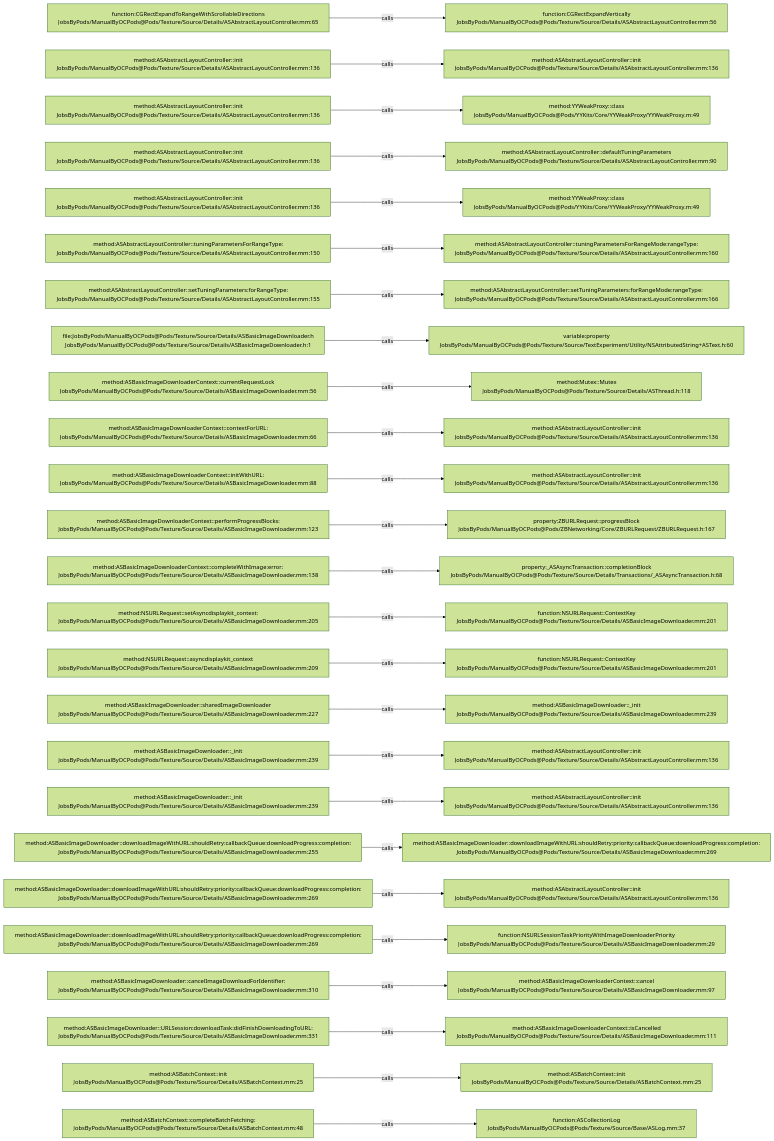
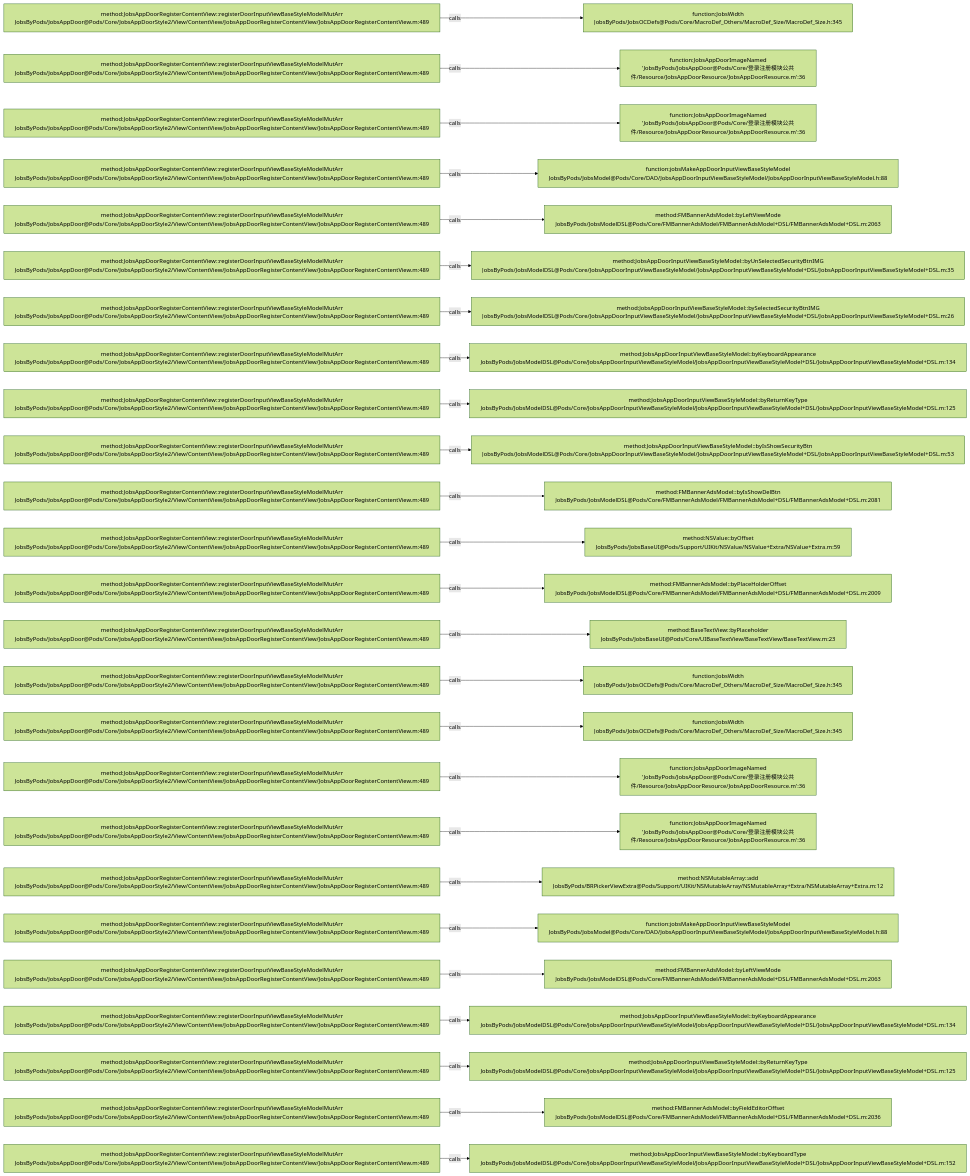
The diagram in .codegraph/codegraph.md/graphs/calls-135.md (JobsKits/JobsOCBaseConfigDemo), drawn with Mermaid (forest theme) before and after one commit. The commit also changed 768 other files, not shown here.

````diff
--- a/.codegraph/codegraph.md/graphs/calls-135.md
+++ b/.codegraph/codegraph.md/graphs/calls-135.md
@@ -13,78 +13,78 @@
 ```mermaid
 flowchart LR
-  S1["function:CGRectExpandToRangeWithScrollableDirections<br/>JobsByPods/ManualByOCPods@Pods/Texture/Source/Details/ASAbstractLayoutController.mm:65"]
-  T1["function:CGRectExpandVertically<br/>JobsByPods/ManualByOCPods@Pods/Texture/Source/Details/ASAbstractLayoutController.mm:56"]
+  S1["method:JobsAppDoorRegisterContentView::registerDoorInputViewBaseStyleModelMutArr<br/>JobsByPods/JobsAppDoor@Pods/Core/JobsAppDoorStyle2/View/ContentView/JobsAppDoorRegisterContentView/JobsAppDoorRegisterContentView.m:489"]
+  T1["function:JobsWidth<br/>JobsByPods/JobsOCDefs@Pods/Core/MacroDef_Others/MacroDef_Size/MacroDef_Size.h:345"]
   S1 -->|calls| T1
-  S2["method:ASAbstractLayoutController::init<br/>JobsByPods/ManualByOCPods@Pods/Texture/Source/Details/ASAbstractLayoutController.mm:136"]
-  T2["method:ASAbstractLayoutController::init<br/>JobsByPods/ManualByOCPods@Pods/Texture/Source/Details/ASAbstractLayoutController.mm:136"]
+  S2["method:JobsAppDoorRegisterContentView::registerDoorInputViewBaseStyleModelMutArr<br/>JobsByPods/JobsAppDoor@Pods/Core/JobsAppDoorStyle2/View/ContentView/JobsAppDoorRegisterContentView/JobsAppDoorRegisterContentView.m:489"]
+  T2["function:JobsAppDoorImageNamed<br/>'JobsByPods/JobsAppDoor@Pods/Core/登录注册模块公共件/Resource/JobsAppDoorResource/JobsAppDoorResource.m':36"]
   S2 -->|calls| T2
-  S3["method:ASAbstractLayoutController::init<br/>JobsByPods/ManualByOCPods@Pods/Texture/Source/Details/ASAbstractLayoutController.mm:136"]
-  T3["method:YYWeakProxy::class<br/>JobsByPods/ManualByOCPods@Pods/YYKits/Core/YYWeakProxy/YYWeakProxy.m:49"]
+  S3["method:JobsAppDoorRegisterContentView::registerDoorInputViewBaseStyleModelMutArr<br/>JobsByPods/JobsAppDoor@Pods/Core/JobsAppDoorStyle2/View/ContentView/JobsAppDoorRegisterContentView/JobsAppDoorRegisterContentView.m:489"]
+  T3["function:JobsAppDoorImageNamed<br/>'JobsByPods/JobsAppDoor@Pods/Core/登录注册模块公共件/Resource/JobsAppDoorResource/JobsAppDoorResource.m':36"]
   S3 -->|calls| T3
-  S4["method:ASAbstractLayoutController::init<br/>JobsByPods/ManualByOCPods@Pods/Texture/Source/Details/ASAbstractLayoutController.mm:136"]
-  T4["method:ASAbstractLayoutController::defaultTuningParameters<br/>JobsByPods/ManualByOCPods@Pods/Texture/Source/Details/ASAbstractLayoutController.mm:90"]
+  S4["method:JobsAppDoorRegisterContentView::registerDoorInputViewBaseStyleModelMutArr<br/>JobsByPods/JobsAppDoor@Pods/Core/JobsAppDoorStyle2/View/ContentView/JobsAppDoorRegisterContentView/JobsAppDoorRegisterContentView.m:489"]
+  T4["function:jobsMakeAppDoorInputViewBaseStyleModel<br/>JobsByPods/JobsModel@Pods/Core/DAO/JobsAppDoorInputViewBaseStyleModel/JobsAppDoorInputViewBaseStyleModel.h:88"]
   S4 -->|calls| T4
-  S5["method:ASAbstractLayoutController::init<br/>JobsByPods/ManualByOCPods@Pods/Texture/Source/Details/ASAbstractLayoutController.mm:136"]
-  T5["method:YYWeakProxy::class<br/>JobsByPods/ManualByOCPods@Pods/YYKits/Core/YYWeakProxy/YYWeakProxy.m:49"]
+  S5["method:JobsAppDoorRegisterContentView::registerDoorInputViewBaseStyleModelMutArr<br/>JobsByPods/JobsAppDoor@Pods/Core/JobsAppDoorStyle2/View/ContentView/JobsAppDoorRegisterContentView/JobsAppDoorRegisterContentView.m:489"]
+  T5["method:FMBannerAdsModel::byLeftViewMode<br/>JobsByPods/JobsModelDSL@Pods/Core/FMBannerAdsModel/FMBannerAdsModel+DSL/FMBannerAdsModel+DSL.m:2063"]
   S5 -->|calls| T5
-  S6["method:ASAbstractLayoutController::tuningParametersForRangeType:<br/>JobsByPods/ManualByOCPods@Pods/Texture/Source/Details/ASAbstractLayoutController.mm:150"]
-  T6["method:ASAbstractLayoutController::tuningParametersForRangeMode:rangeType:<br/>JobsByPods/ManualByOCPods@Pods/Texture/Source/Details/ASAbstractLayoutController.mm:160"]
+  S6["method:JobsAppDoorRegisterContentView::registerDoorInputViewBaseStyleModelMutArr<br/>JobsByPods/JobsAppDoor@Pods/Core/JobsAppDoorStyle2/View/ContentView/JobsAppDoorRegisterContentView/JobsAppDoorRegisterContentView.m:489"]
+  T6["method:JobsAppDoorInputViewBaseStyleModel::byUnSelectedSecurityBtnIMG<br/>JobsByPods/JobsModelDSL@Pods/Core/JobsAppDoorInputViewBaseStyleModel/JobsAppDoorInputViewBaseStyleModel+DSL/JobsAppDoorInputViewBaseStyleModel+DSL.m:35"]
   S6 -->|calls| T6
-  S7["method:ASAbstractLayoutController::setTuningParameters:forRangeType:<br/>JobsByPods/ManualByOCPods@Pods/Texture/Source/Details/ASAbstractLayoutController.mm:155"]
-  T7["method:ASAbstractLayoutController::setTuningParameters:forRangeMode:rangeType:<br/>JobsByPods/ManualByOCPods@Pods/Texture/Source/Details/ASAbstractLayoutController.mm:166"]
+  S7["method:JobsAppDoorRegisterContentView::registerDoorInputViewBaseStyleModelMutArr<br/>JobsByPods/JobsAppDoor@Pods/Core/JobsAppDoorStyle2/View/ContentView/JobsAppDoorRegisterContentView/JobsAppDoorRegisterContentView.m:489"]
+  T7["method:JobsAppDoorInputViewBaseStyleModel::bySelectedSecurityBtnIMG<br/>JobsByPods/JobsModelDSL@Pods/Core/JobsAppDoorInputViewBaseStyleModel/JobsAppDoorInputViewBaseStyleModel+DSL/JobsAppDoorInputViewBaseStyleModel+DSL.m:26"]
   S7 -->|calls| T7
-  S8["file:JobsByPods/ManualByOCPods@Pods/Texture/Source/Details/ASBasicImageDownloader.h<br/>JobsByPods/ManualByOCPods@Pods/Texture/Source/Details/ASBasicImageDownloader.h:1"]
-  T8["variable:property<br/>JobsByPods/ManualByOCPods@Pods/Texture/Source/TextExperiment/Utility/NSAttributedString+ASText.h:60"]
+  S8["method:JobsAppDoorRegisterContentView::registerDoorInputViewBaseStyleModelMutArr<br/>JobsByPods/JobsAppDoor@Pods/Core/JobsAppDoorStyle2/View/ContentView/JobsAppDoorRegisterContentView/JobsAppDoorRegisterContentView.m:489"]
+  T8["method:JobsAppDoorInputViewBaseStyleModel::byKeyboardAppearance<br/>JobsByPods/JobsModelDSL@Pods/Core/JobsAppDoorInputViewBaseStyleModel/JobsAppDoorInputViewBaseStyleModel+DSL/JobsAppDoorInputViewBaseStyleModel+DSL.m:134"]
   S8 -->|calls| T8
-  S9["method:ASBasicImageDownloaderContext::currentRequestLock<br/>JobsByPods/ManualByOCPods@Pods/Texture/Source/Details/ASBasicImageDownloader.mm:56"]
-  T9["method:Mutex::Mutex<br/>JobsByPods/ManualByOCPods@Pods/Texture/Source/Details/ASThread.h:118"]
+  S9["method:JobsAppDoorRegisterContentView::registerDoorInputViewBaseStyleModelMutArr<br/>JobsByPods/JobsAppDoor@Pods/Core/JobsAppDoorStyle2/View/ContentView/JobsAppDoorRegisterContentView/JobsAppDoorRegisterContentView.m:489"]
+  T9["method:JobsAppDoorInputViewBaseStyleModel::byReturnKeyType<br/>JobsByPods/JobsModelDSL@Pods/Core/JobsAppDoorInputViewBaseStyleModel/JobsAppDoorInputViewBaseStyleModel+DSL/JobsAppDoorInputViewBaseStyleModel+DSL.m:125"]
   S9 -->|calls| T9
-  S10["method:ASBasicImageDownloaderContext::contextForURL:<br/>JobsByPods/ManualByOCPods@Pods/Texture/Source/Details/ASBasicImageDownloader.mm:66"]
-  T10["method:ASAbstractLayoutController::init<br/>JobsByPods/ManualByOCPods@Pods/Texture/Source/Details/ASAbstractLayoutController.mm:136"]
+  S10["method:JobsAppDoorRegisterContentView::registerDoorInputViewBaseStyleModelMutArr<br/>JobsByPods/JobsAppDoor@Pods/Core/JobsAppDoorStyle2/View/ContentView/JobsAppDoorRegisterContentView/JobsAppDoorRegisterContentView.m:489"]
+  T10["method:JobsAppDoorInputViewBaseStyleModel::byIsShowSecurityBtn<br/>JobsByPods/JobsModelDSL@Pods/Core/JobsAppDoorInputViewBaseStyleModel/JobsAppDoorInputViewBaseStyleModel+DSL/JobsAppDoorInputViewBaseStyleModel+DSL.m:53"]
   S10 -->|calls| T10
-  S11["method:ASBasicImageDownloaderContext::initWithURL:<br/>JobsByPods/ManualByOCPods@Pods/Texture/Source/Details/ASBasicImageDownloader.mm:88"]
-  T11["method:ASAbstractLayoutController::init<br/>JobsByPods/ManualByOCPods@Pods/Texture/Source/Details/ASAbstractLayoutController.mm:136"]
+  S11["method:JobsAppDoorRegisterContentView::registerDoorInputViewBaseStyleModelMutArr<br/>JobsByPods/JobsAppDoor@Pods/Core/JobsAppDoorStyle2/View/ContentView/JobsAppDoorRegisterContentView/JobsAppDoorRegisterContentView.m:489"]
+  T11["method:FMBannerAdsModel::byIsShowDelBtn<br/>JobsByPods/JobsModelDSL@Pods/Core/FMBannerAdsModel/FMBannerAdsModel+DSL/FMBannerAdsModel+DSL.m:2081"]
   S11 -->|calls| T11
-  S12["method:ASBasicImageDownloaderContext::performProgressBlocks:<br/>JobsByPods/ManualByOCPods@Pods/Texture/Source/Details/ASBasicImageDownloader.mm:123"]
-  T12["property:ZBURLRequest::progressBlock<br/>JobsByPods/ManualByOCPods@Pods/ZBNetworking/Core/ZBURLRequest/ZBURLRequest.h:167"]
+  S12["method:JobsAppDoorRegisterContentView::registerDoorInputViewBaseStyleModelMutArr<br/>JobsByPods/JobsAppDoor@Pods/Core/JobsAppDoorStyle2/View/ContentView/JobsAppDoorRegisterContentView/JobsAppDoorRegisterContentView.m:489"]
+  T12["method:NSValue::byOffset<br/>JobsByPods/JobsBaseUI@Pods/Support/UIKit/NSValue/NSValue+Extra/NSValue+Extra.m:59"]
   S12 -->|calls| T12
-  S13["method:ASBasicImageDownloaderContext::completeWithImage:error:<br/>JobsByPods/ManualByOCPods@Pods/Texture/Source/Details/ASBasicImageDownloader.mm:138"]
-  T13["property:_ASAsyncTransaction::completionBlock<br/>JobsByPods/ManualByOCPods@Pods/Texture/Source/Details/Transactions/_ASAsyncTransaction.h:68"]
+  S13["method:JobsAppDoorRegisterContentView::registerDoorInputViewBaseStyleModelMutArr<br/>JobsByPods/JobsAppDoor@Pods/Core/JobsAppDoorStyle2/View/ContentView/JobsAppDoorRegisterContentView/JobsAppDoorRegisterContentView.m:489"]
+  T13["method:FMBannerAdsModel::byPlaceHolderOffset<br/>JobsByPods/JobsModelDSL@Pods/Core/FMBannerAdsModel/FMBannerAdsModel+DSL/FMBannerAdsModel+DSL.m:2009"]
   S13 -->|calls| T13
-  S14["method:NSURLRequest::setAsyncdisplaykit_context:<br/>JobsByPods/ManualByOCPods@Pods/Texture/Source/Details/ASBasicImageDownloader.mm:205"]
-  T14["function:NSURLRequest::ContextKey<br/>JobsByPods/ManualByOCPods@Pods/Texture/Source/Details/ASBasicImageDownloader.mm:201"]
+  S14["method:JobsAppDoorRegisterContentView::registerDoorInputViewBaseStyleModelMutArr<br/>JobsByPods/JobsAppDoor@Pods/Core/JobsAppDoorStyle2/View/ContentView/JobsAppDoorRegisterContentView/JobsAppDoorRegisterContentView.m:489"]
+  T14["method:BaseTextView::byPlaceholder<br/>JobsByPods/JobsBaseUI@Pods/Core/UIBaseTextView/BaseTextView/BaseTextView.m:23"]
   S14 -->|calls| T14
-  S15["method:NSURLRequest::asyncdisplaykit_context<br/>JobsByPods/ManualByOCPods@Pods/Texture/Source/Details/ASBasicImageDownloader.mm:209"]
-  T15["function:NSURLRequest::ContextKey<br/>JobsByPods/ManualByOCPods@Pods/Texture/Source/Details/ASBasicImageDownloader.mm:201"]
+  S15["method:JobsAppDoorRegisterContentView::registerDoorInputViewBaseStyleModelMutArr<br/>JobsByPods/JobsAppDoor@Pods/Core/JobsAppDoorStyle2/View/ContentView/JobsAppDoorRegisterContentView/JobsAppDoorRegisterContentView.m:489"]
+  T15["function:JobsWidth<br/>JobsByPods/JobsOCDefs@Pods/Core/MacroDef_Others/MacroDef_Size/MacroDef_Size.h:345"]
   S15 -->|calls| T15
-  S16["method:ASBasicImageDownloader::sharedImageDownloader<br/>JobsByPods/ManualByOCPods@Pods/Texture/Source/Details/ASBasicImageDownloader.mm:227"]
-  T16["method:ASBasicImageDownloader::_init<br/>JobsByPods/ManualByOCPods@Pods/Texture/Source/Details/ASBasicImageDownloader.mm:239"]
+  S16["method:JobsAppDoorRegisterContentView::registerDoorInputViewBaseStyleModelMutArr<br/>JobsByPods/JobsAppDoor@Pods/Core/JobsAppDoorStyle2/View/ContentView/JobsAppDoorRegisterContentView/JobsAppDoorRegisterContentView.m:489"]
+  T16["function:JobsWidth<br/>JobsByPods/JobsOCDefs@Pods/Core/MacroDef_Others/MacroDef_Size/MacroDef_Size.h:345"]
   S16 -->|calls| T16
-  S17["method:ASBasicImageDownloader::_init<br/>JobsByPods/ManualByOCPods@Pods/Texture/Source/Details/ASBasicImageDownloader.mm:239"]
-  T17["method:ASAbstractLayoutController::init<br/>JobsByPods/ManualByOCPods@Pods/Texture/Source/Details/ASAbstractLayoutController.mm:136"]
+  S17["method:JobsAppDoorRegisterContentView::registerDoorInputViewBaseStyleModelMutArr<br/>JobsByPods/JobsAppDoor@Pods/Core/JobsAppDoorStyle2/View/ContentView/JobsAppDoorRegisterContentView/JobsAppDoorRegisterContentView.m:489"]
+  T17["function:JobsAppDoorImageNamed<br/>'JobsByPods/JobsAppDoor@Pods/Core/登录注册模块公共件/Resource/JobsAppDoorResource/JobsAppDoorResource.m':36"]
   S17 -->|calls| T17
-  S18["method:ASBasicImageDownloader::_init<br/>JobsByPods/ManualByOCPods@Pods/Texture/Source/Details/ASBasicImageDownloader.mm:239"]
-  T18["method:ASAbstractLayoutController::init<br/>JobsByPods/ManualByOCPods@Pods/Texture/Source/Details/ASAbstractLayoutController.mm:136"]
+  S18["method:JobsAppDoorRegisterContentView::registerDoorInputViewBaseStyleModelMutArr<br/>JobsByPods/JobsAppDoor@Pods/Core/JobsAppDoorStyle2/View/ContentView/JobsAppDoorRegisterContentView/JobsAppDoorRegisterContentView.m:489"]
+  T18["function:JobsAppDoorImageNamed<br/>'JobsByPods/JobsAppDoor@Pods/Core/登录注册模块公共件/Resource/JobsAppDoorResource/JobsAppDoorResource.m':36"]
   S18 -->|calls| T18
-  S19["method:ASBasicImageDownloader::downloadImageWithURL:shouldRetry:callbackQueue:downloadProgress:completion:<br/>JobsByPods/ManualByOCPods@Pods/Texture/Source/Details/ASBasicImageDownloader.mm:255"]
-  T19["method:ASBasicImageDownloader::downloadImageWithURL:shouldRetry:priority:callbackQueue:downloadProgress:completion:<br/>JobsByPods/ManualByOCPods@Pods/Texture/Source/Details/ASBasicImageDownloader.mm:269"]
+  S19["method:JobsAppDoorRegisterContentView::registerDoorInputViewBaseStyleModelMutArr<br/>JobsByPods/JobsAppDoor@Pods/Core/JobsAppDoorStyle2/View/ContentView/JobsAppDoorRegisterContentView/JobsAppDoorRegisterContentView.m:489"]
+  T19["method:NSMutableArray::add<br/>JobsByPods/BRPickerViewExtra@Pods/Support/UIKit/NSMutableArray/NSMutableArray+Extra/NSMutableArray+Extra.m:12"]
   S19 -->|calls| T19
-  S20["method:ASBasicImageDownloader::downloadImageWithURL:shouldRetry:priority:callbackQueue:downloadProgress:completion:<br/>JobsByPods/ManualByOCPods@Pods/Texture/Source/Details/ASBasicImageDownloader.mm:269"]
-  T20["method:ASAbstractLayoutController::init<br/>JobsByPods/ManualByOCPods@Pods/Texture/Source/Details/ASAbstractLayoutController.mm:136"]
+  S20["method:JobsAppDoorRegisterContentView::registerDoorInputViewBaseStyleModelMutArr<br/>JobsByPods/JobsAppDoor@Pods/Core/JobsAppDoorStyle2/View/ContentView/JobsAppDoorRegisterContentView/JobsAppDoorRegisterContentView.m:489"]
+  T20["function:jobsMakeAppDoorInputViewBaseStyleModel<br/>JobsByPods/JobsModel@Pods/Core/DAO/JobsAppDoorInputViewBaseStyleModel/JobsAppDoorInputViewBaseStyleModel.h:88"]
   S20 -->|calls| T20
-  S21["method:ASBasicImageDownloader::downloadImageWithURL:shouldRetry:priority:callbackQueue:downloadProgress:completion:<br/>JobsByPods/ManualByOCPods@Pods/Texture/Source/Details/ASBasicImageDownloader.mm:269"]
-  T21["function:NSURLSessionTaskPriorityWithImageDownloaderPriority<br/>JobsByPods/ManualByOCPods@Pods/Texture/Source/Details/ASBasicImageDownloader.mm:29"]
+  S21["method:JobsAppDoorRegisterContentView::registerDoorInputViewBaseStyleModelMutArr<br/>JobsByPods/JobsAppDoor@Pods/Core/JobsAppDoorStyle2/View/ContentView/JobsAppDoorRegisterContentView/JobsAppDoorRegisterContentView.m:489"]
+  T21["method:FMBannerAdsModel::byLeftViewMode<br/>JobsByPods/JobsModelDSL@Pods/Core/FMBannerAdsModel/FMBannerAdsModel+DSL/FMBannerAdsModel+DSL.m:2063"]
   S21 -->|calls| T21
-  S22["method:ASBasicImageDownloader::cancelImageDownloadForIdentifier:<br/>JobsByPods/ManualByOCPods@Pods/Texture/Source/Details/ASBasicImageDownloader.mm:310"]
-  T22["method:ASBasicImageDownloaderContext::cancel<br/>JobsByPods/ManualByOCPods@Pods/Texture/Source/Details/ASBasicImageDownloader.mm:97"]
+  S22["method:JobsAppDoorRegisterContentView::registerDoorInputViewBaseStyleModelMutArr<br/>JobsByPods/JobsAppDoor@Pods/Core/JobsAppDoorStyle2/View/ContentView/JobsAppDoorRegisterContentView/JobsAppDoorRegisterContentView.m:489"]
+  T22["method:JobsAppDoorInputViewBaseStyleModel::byKeyboardAppearance<br/>JobsByPods/JobsModelDSL@Pods/Core/JobsAppDoorInputViewBaseStyleModel/JobsAppDoorInputViewBaseStyleModel+DSL/JobsAppDoorInputViewBaseStyleModel+DSL.m:134"]
   S22 -->|calls| T22
-  S23["method:ASBasicImageDownloader::URLSession:downloadTask:didFinishDownloadingToURL:<br/>JobsByPods/ManualByOCPods@Pods/Texture/Source/Details/ASBasicImageDownloader.mm:331"]
-  T23["method:ASBasicImageDownloaderContext::isCancelled<br/>JobsByPods/ManualByOCPods@Pods/Texture/Source/Details/ASBasicImageDownloader.mm:111"]
+  S23["method:JobsAppDoorRegisterContentView::registerDoorInputViewBaseStyleModelMutArr<br/>JobsByPods/JobsAppDoor@Pods/Core/JobsAppDoorStyle2/View/ContentView/JobsAppDoorRegisterContentView/JobsAppDoorRegisterContentView.m:489"]
+  T23["method:JobsAppDoorInputViewBaseStyleModel::byReturnKeyType<br/>JobsByPods/JobsModelDSL@Pods/Core/JobsAppDoorInputViewBaseStyleModel/JobsAppDoorInputViewBaseStyleModel+DSL/JobsAppDoorInputViewBaseStyleModel+DSL.m:125"]
   S23 -->|calls| T23
-  S24["method:ASBatchContext::init<br/>JobsByPods/ManualByOCPods@Pods/Texture/Source/Details/ASBatchContext.mm:25"]
-  T24["method:ASBatchContext::init<br/>JobsByPods/ManualByOCPods@Pods/Texture/Source/Details/ASBatchContext.mm:25"]
+  S24["method:JobsAppDoorRegisterContentView::registerDoorInputViewBaseStyleModelMutArr<br/>JobsByPods/JobsAppDoor@Pods/Core/JobsAppDoorStyle2/View/ContentView/JobsAppDoorRegisterContentView/JobsAppDoorRegisterContentView.m:489"]
+  T24["method:FMBannerAdsModel::byFieldEditorOffset<br/>JobsByPods/JobsModelDSL@Pods/Core/FMBannerAdsModel/FMBannerAdsModel+DSL/FMBannerAdsModel+DSL.m:2036"]
   S24 -->|calls| T24
-  S25["method:ASBatchContext::completeBatchFetching:<br/>JobsByPods/ManualByOCPods@Pods/Texture/Source/Details/ASBatchContext.mm:48"]
-  T25["function:ASCollectionLog<br/>JobsByPods/ManualByOCPods@Pods/Texture/Source/Base/ASLog.mm:37"]
+  S25["method:JobsAppDoorRegisterContentView::registerDoorInputViewBaseStyleModelMutArr<br/>JobsByPods/JobsAppDoor@Pods/Core/JobsAppDoorStyle2/View/ContentView/JobsAppDoorRegisterContentView/JobsAppDoorRegisterContentView.m:489"]
+  T25["method:JobsAppDoorInputViewBaseStyleModel::byKeyboardType<br/>JobsByPods/JobsModelDSL@Pods/Core/JobsAppDoorInputViewBaseStyleModel/JobsAppDoorInputViewBaseStyleModel+DSL/JobsAppDoorInputViewBaseStyleModel+DSL.m:152"]
   S25 -->|calls| T25
 ```
````
